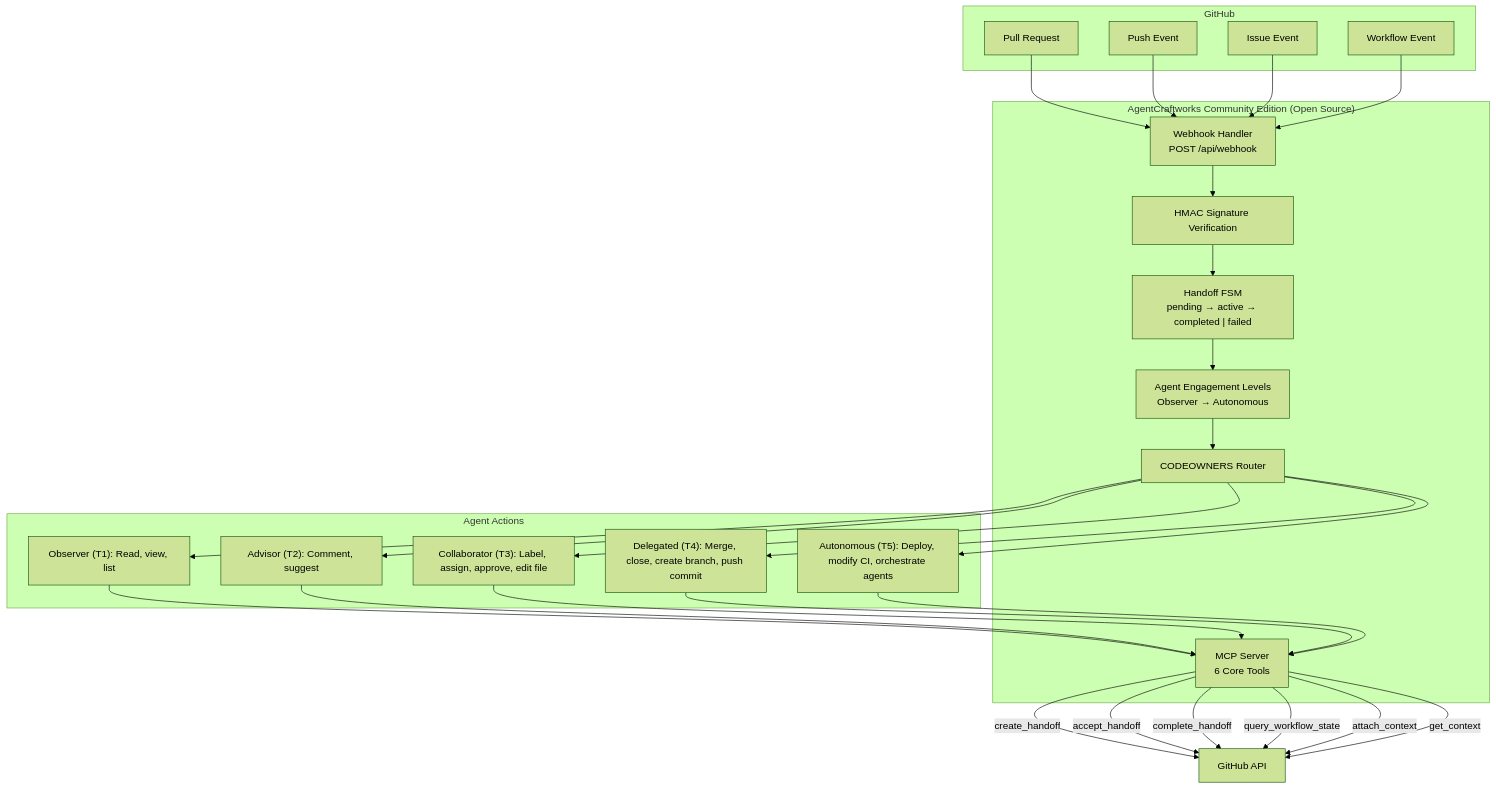
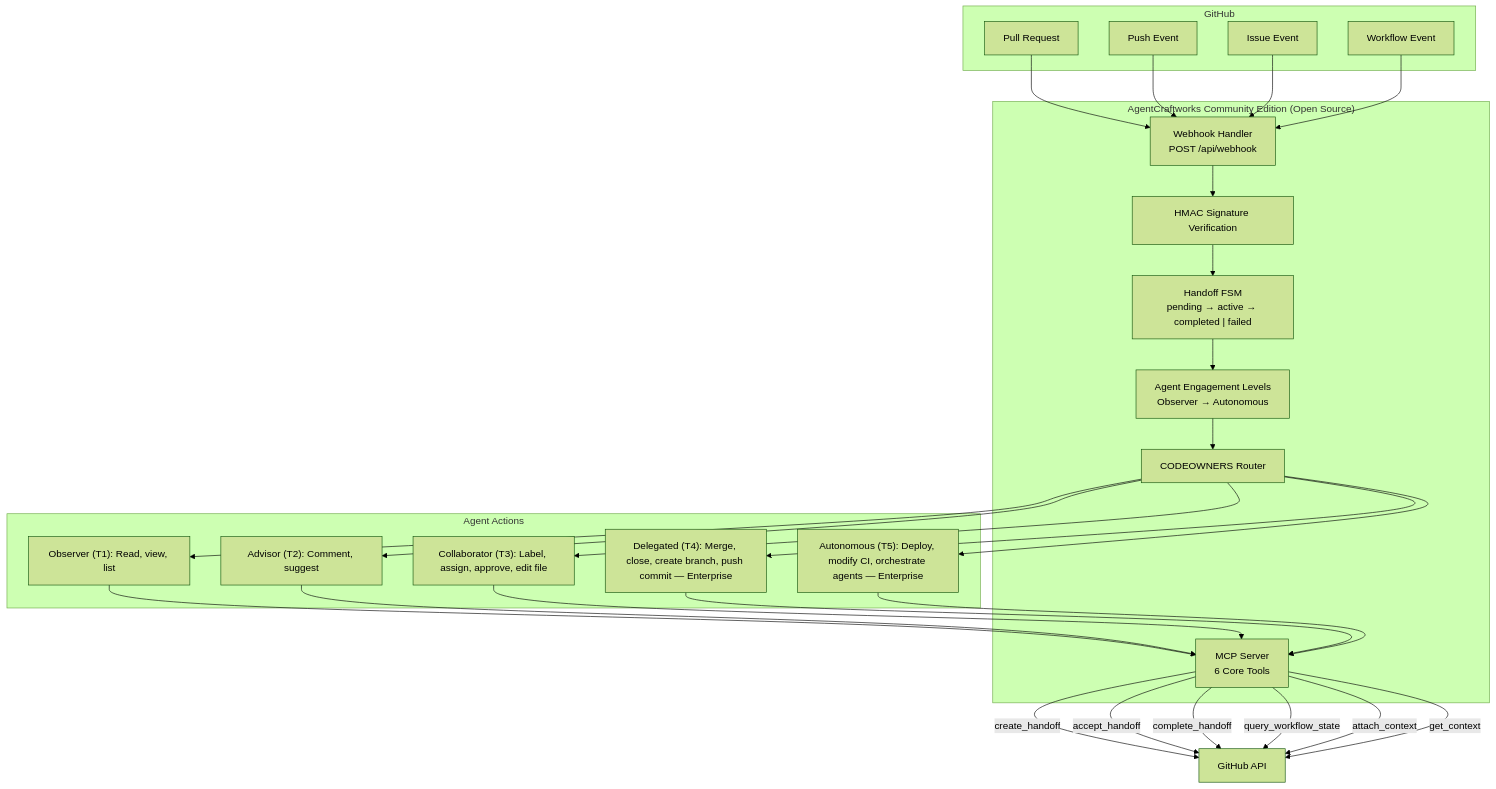
One commit to AgentCraftworks/AgentCraftworks-CE changed the first of 2 diagrams in docs/architecture.md. Above: the diagram before and after it, drawn with Mermaid (forest theme). The commit also changed other lines of this file and 9 other files, not shown here.

````diff
--- a/docs/architecture.md
+++ b/docs/architecture.md
@@ -18,51 +18,51 @@
 ```mermaid
 graph TD
     subgraph GitHub["GitHub"]
         prEvent["Pull Request"]
         pushEvent["Push Event"]
         issueEvent["Issue Event"]
         workflowEvent["Workflow Event"]
     end
 
     subgraph CE["AgentCraftworks Community Edition (Open Source)"]
         webhookHandler["Webhook Handler<br/>POST /api/webhook"]
         signatureVerify["HMAC Signature Verification"]
         eventFsm["Handoff FSM<br/>pending → active → completed | failed"]
         engagementLevels["Agent Engagement Levels<br/>Observer → Autonomous"]
         codeownersRouter["CODEOWNERS Router"]
         mcpServer["MCP Server<br/>6 Core Tools"]
     end
 
     subgraph Actions["Agent Actions"]
         level1["Observer (T1): Read, view, list"]
         level2["Advisor (T2): Comment, suggest"]
         level3["Collaborator (T3): Label, assign, approve, edit file"]
-        level4["Delegated (T4): Merge, close, create branch, push commit"]
-        level5["Autonomous (T5): Deploy, modify CI, orchestrate agents"]
+        level4["Delegated (T4): Merge, close, create branch, push commit — Enterprise"]
+        level5["Autonomous (T5): Deploy, modify CI, orchestrate agents — Enterprise"]
     end
 
     prEvent --> webhookHandler
     pushEvent --> webhookHandler
     issueEvent --> webhookHandler
     workflowEvent --> webhookHandler
     webhookHandler --> signatureVerify
     signatureVerify --> eventFsm
     eventFsm --> engagementLevels
     engagementLevels --> codeownersRouter
     codeownersRouter --> level1
     codeownersRouter --> level2
     codeownersRouter --> level3
     codeownersRouter --> level4
     codeownersRouter --> level5
     level1 --> mcpServer
     level2 --> mcpServer
     level3 --> mcpServer
     level4 --> mcpServer
     level5 --> mcpServer
     mcpServer -->|create_handoff| ghApi["GitHub API"]
     mcpServer -->|accept_handoff| ghApi
     mcpServer -->|complete_handoff| ghApi
     mcpServer -->|query_workflow_state| ghApi
     mcpServer -->|attach_context| ghApi
     mcpServer -->|get_context| ghApi
 ```
````
